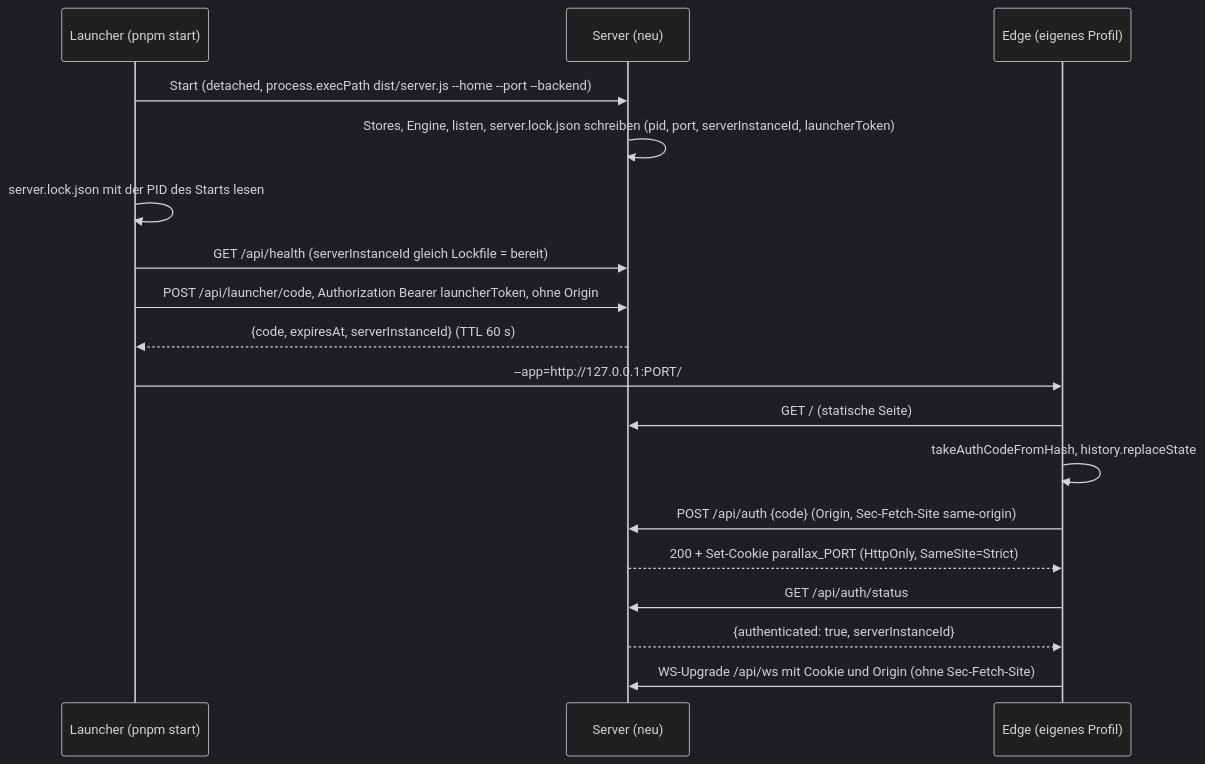
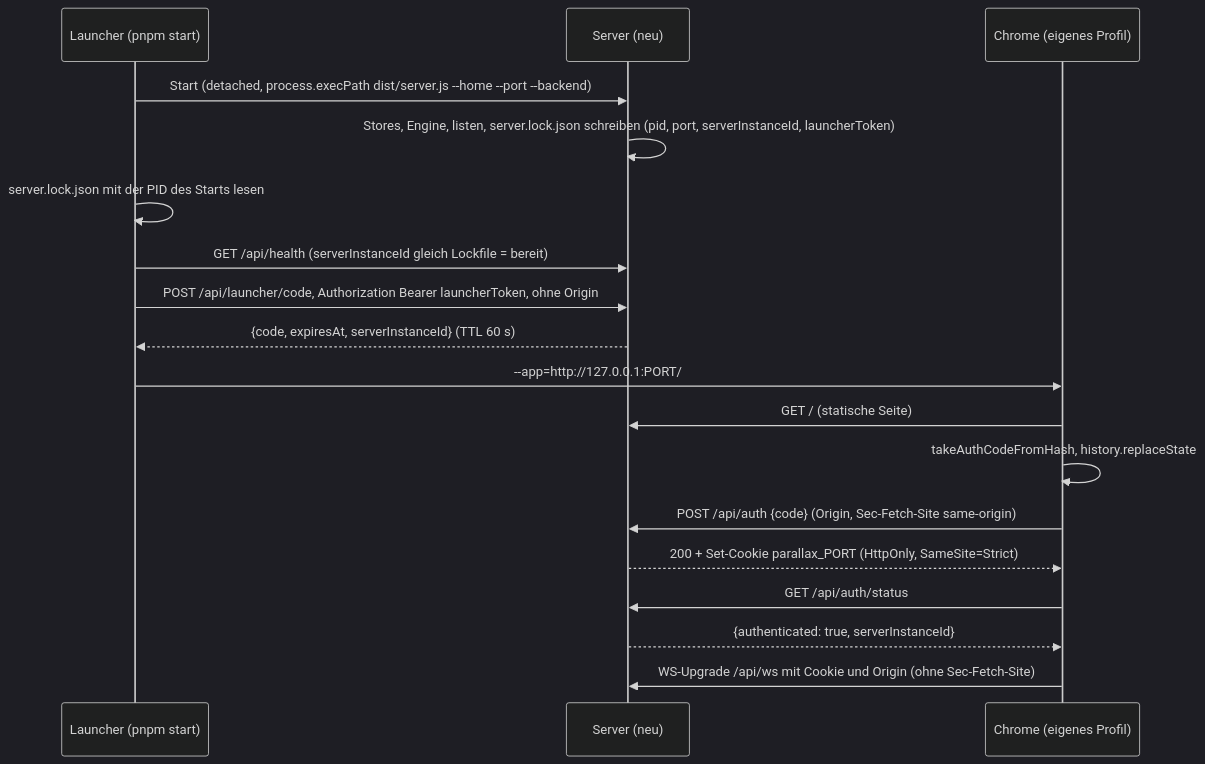
One commit to DerXHelp/parallax changed the ninth of 10 diagrams in docs/architecture.md. Above: the diagram before and after it, drawn with Mermaid (dark theme). The commit also changed other lines of this file and 45 other files, not shown here.

First line of the commit message:
CHROME: App-Fenster und E2E in Google Chrome statt Edge (ADR-136)

````diff
--- a/docs/architecture.md
+++ b/docs/architecture.md
@@ -909,20 +919,20 @@
 ```mermaid
 sequenceDiagram
   participant L as Launcher (pnpm start)
   participant S as Server (neu)
-  participant E as Edge (eigenes Profil)
+  participant E as Chrome (eigenes Profil)
   L->>S: Start (detached, process.execPath dist/server.js --home --port --backend)
   S->>S: Stores, Engine, listen, server.lock.json schreiben (pid, port, serverInstanceId, launcherToken)
   L->>L: server.lock.json mit der PID des Starts lesen
   L->>S: GET /api/health (serverInstanceId gleich Lockfile = bereit)
   L->>S: POST /api/launcher/code, Authorization Bearer launcherToken, ohne Origin
   S-->>L: {code, expiresAt, serverInstanceId} (TTL 60 s)
   L->>E: --app=http://127.0.0.1:PORT/#code=CODE
   E->>S: GET / (statische Seite)
   E->>E: takeAuthCodeFromHash, history.replaceState
   E->>S: POST /api/auth {code} (Origin, Sec-Fetch-Site same-origin)
   S-->>E: 200 + Set-Cookie parallax_PORT (HttpOnly, SameSite=Strict)
   E->>S: GET /api/auth/status
   S-->>E: {authenticated: true, serverInstanceId}
   E->>S: WS-Upgrade /api/ws mit Cookie und Origin (ohne Sec-Fetch-Site)
 ```
````
